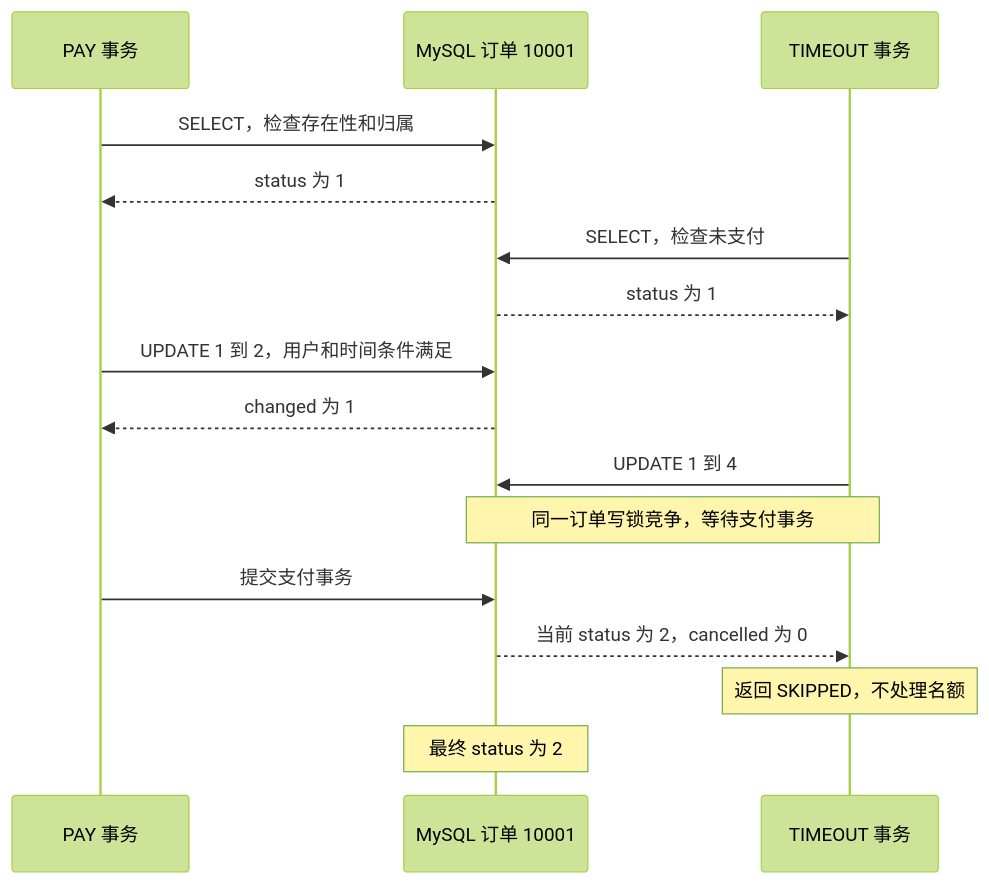
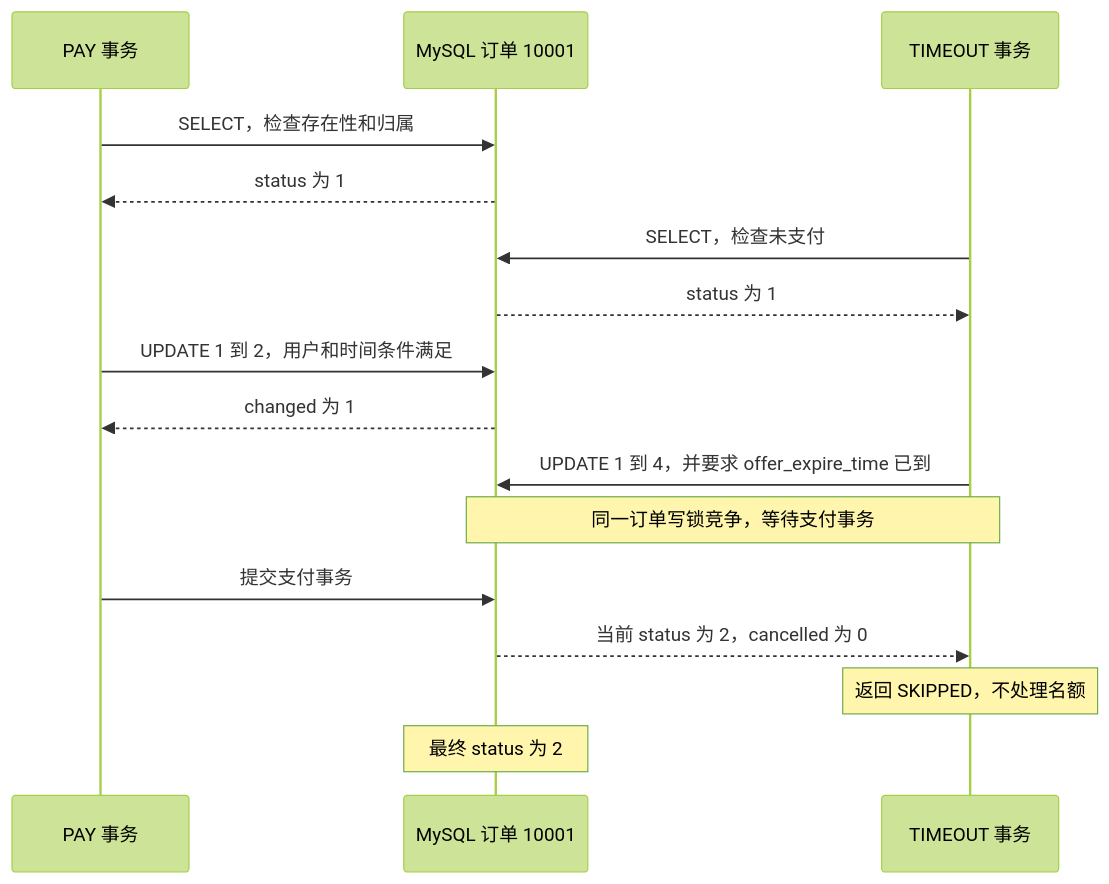
The second of 8 diagrams in 02-订单状态机与并发控制.md (SyH-101/citypass-platform), drawn with Mermaid (forest theme) before and after one commit. The commit also changed other lines of this file and 1 other file, not shown here.

````diff
--- a/02-订单状态机与并发控制.md
+++ b/02-订单状态机与并发控制.md
@@ -607,18 +608,18 @@
 ```mermaid
 sequenceDiagram
     participant P as PAY 事务
     participant D as MySQL 订单 10001
     participant T as TIMEOUT 事务
     P->>D: SELECT，检查存在性和归属
     D-->>P: status 为 1
     T->>D: SELECT，检查未支付
     D-->>T: status 为 1
     P->>D: UPDATE 1 到 2，用户和时间条件满足
     D-->>P: changed 为 1
-    T->>D: UPDATE 1 到 4
+    T->>D: UPDATE 1 到 4，并要求 offer_expire_time 已到
     Note over D,T: 同一订单写锁竞争，等待支付事务
     P->>D: 提交支付事务
     D-->>T: 当前 status 为 2，cancelled 为 0
     Note over T: 返回 SKIPPED，不处理名额
     Note over D: 最终 status 为 2
 ```
````
